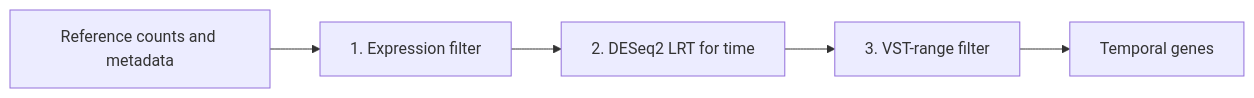
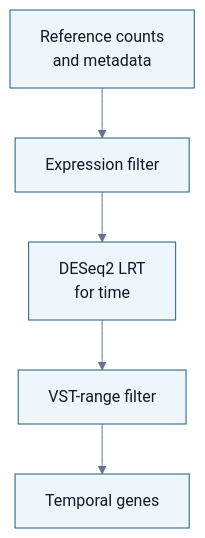
The diagram in README.md (ZohebKhan1/Bulk-differentiation-scoring), drawn with Mermaid before and after one commit. The commit also changed 6 other files, not shown here.

````diff
--- a/README.md
+++ b/README.md
@@ -55,7 +55,8 @@
 ```mermaid
-flowchart LR
-    A[Reference counts and metadata] --> B[1. Expression filter]
-    B --> C[2. DESeq2 LRT for time]
-    C --> D[3. VST-range filter]
-    D --> E[Temporal genes]
+%%{init: {"theme": "base", "themeVariables": {"fontFamily": "Arial, Helvetica, sans-serif", "fontSize": "16px", "primaryColor": "#eef5fb", "primaryTextColor": "#111827", "primaryBorderColor": "#185f8a", "lineColor": "#64748b"}}}%%
+flowchart TD
+    A["Reference counts<br/>and metadata"] --> B["Expression filter"]
+    B --> C["DESeq2 LRT<br/>for time"]
+    C --> D["VST-range filter"]
+    D --> E["Temporal genes"]
 ```
````
